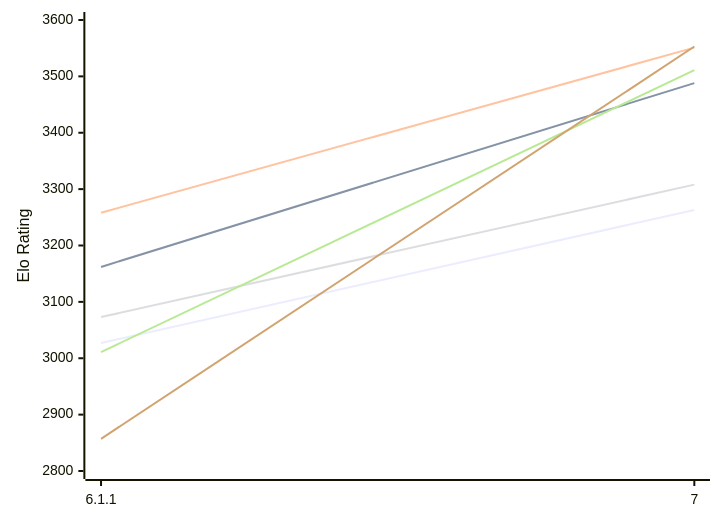
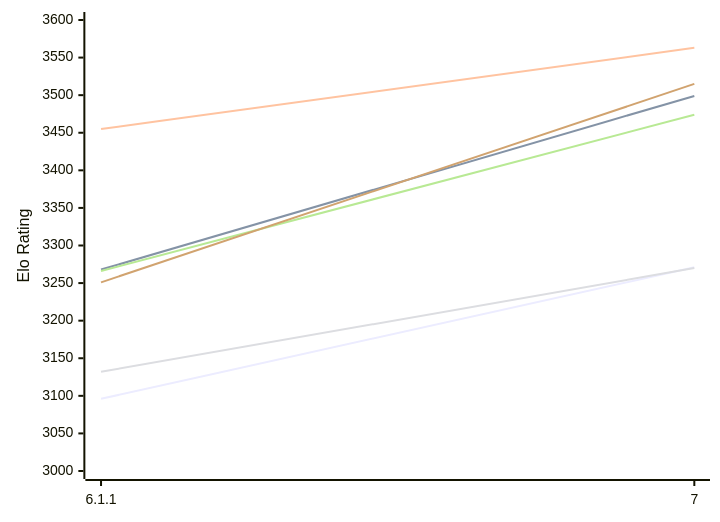
Before and after one commit to computer-chess-index/cci: the first of 2 diagrams in engines/Zangdar.md, drawn with Mermaid. The commit also changed other lines of this file, not shown here.

Commit message:
Update CCI Ratings (ELO VLTC) - 2026-11-14

````diff
--- a/engines/Zangdar.md
+++ b/engines/Zangdar.md
@@ -53,12 +53,12 @@
 ```mermaid
 %%{init: {"theme":"base","themeVariables":{"seriesColors:['#a3a3a3','#222221','#faa371']}}}%%
 xychart-beta
   x-axis ["6.1.1", "7"]
-  y-axis "Elo Rating" 2800 --> 3600
-  line "E1: STC (8.0+0.08s)" [3027, 3263]
-  line "E1: LTC (60.0+0.60s)" [3162, 3488]
-  line "E1: VLTC (2m24s+1.12s)" [3258, 3551]
-  line "P1: STC (8.0+0.08s)" [3073, 3308]
-  line "P1: LTC (60.0+0.60s)" [3011, 3511]
-  line "P1: VLTC (2m24s+1.12s)" [2857, 3553]
+  y-axis "Elo Rating" 3000 --> 3600
+  line "E1: STC (8.0+0.08s)" [3096, 3271]
+  line "E1: LTC (60.0+0.60s)" [3268, 3499]
+  line "E1: VLTC (2m24s+1.12s)" [3455, 3563]
+  line "P1: STC (8.0+0.08s)" [3132, 3270]
+  line "P1: LTC (60.0+0.60s)" [3266, 3474]
+  line "P1: VLTC (2m24s+1.12s)" [3251, 3515]
 ```
````
